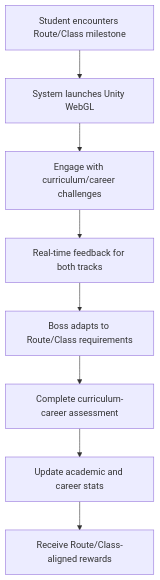
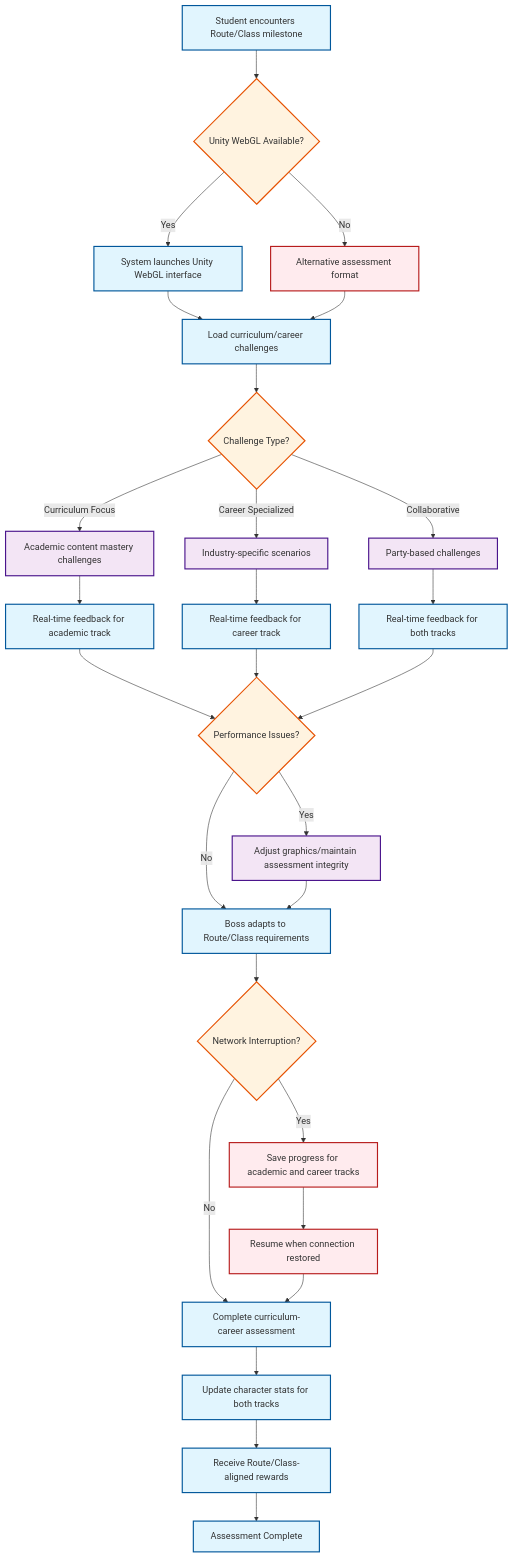
The ninth of 17 diagrams in docs/detailed-use-cases.md (FA25SE050-RogueLearn/RogueLearn.BMAD.Documentation), drawn with Mermaid before and after one commit. The commit also changed other lines of this file and 3 other files, not shown here.

First line of the commit message:
docs(prd): update user flows, ui design goals and validation report

````diff
--- a/docs/detailed-use-cases.md
+++ b/docs/detailed-use-cases.md
@@ -259,10 +641,47 @@
 ```mermaid
 flowchart TD
-    A[Student encounters Route/Class milestone] --> B[System launches Unity WebGL]
-    B --> C[Engage with curriculum/career challenges]
-    C --> D[Real-time feedback for both tracks]
-    D --> E[Boss adapts to Route/Class requirements]
-    E --> F[Complete curriculum-career assessment]
-    F --> G[Update academic and career stats]
-    G --> H[Receive Route/Class-aligned rewards]
+    A[Student encounters Route/Class milestone] --> B{Unity WebGL Available?}
+    B -->|Yes| C[System launches Unity WebGL interface]
+    B -->|No| D[Alternative assessment format]
+    
+    C --> E[Load curriculum/career challenges]
+    D --> E
+    
+    E --> F{Challenge Type?}
+    F -->|Curriculum Focus| G[Academic content mastery challenges]
+    F -->|Career Specialized| H[Industry-specific scenarios]
+    F -->|Collaborative| I[Party-based challenges]
+    
+    G --> J[Real-time feedback for academic track]
+    H --> K[Real-time feedback for career track]
+    I --> L[Real-time feedback for both tracks]
+    
+    J --> M{Performance Issues?}
+    K --> M
+    L --> M
+    
+    M -->|Yes| N[Adjust graphics/maintain assessment integrity]
+    M -->|No| O[Boss adapts to Route/Class requirements]
+    N --> O
+    
+    O --> P{Network Interruption?}
+    P -->|Yes| Q[Save progress for academic and career tracks]
+    P -->|No| R[Complete curriculum-career assessment]
+    Q --> S[Resume when connection restored]
+    S --> R
+    
+    R --> T[Update character stats for both tracks]
+    T --> U[Receive Route/Class-aligned rewards]
+    U --> V[Assessment Complete]
+
+    %% Styling
+    classDef mainFlow fill:#e1f5fe,stroke:#01579b,stroke-width:2px
+    classDef altFlow fill:#f3e5f5,stroke:#4a148c,stroke-width:2px
+    classDef exceptionFlow fill:#ffebee,stroke:#b71c1c,stroke-width:2px
+    classDef decisionFlow fill:#fff3e0,stroke:#e65100,stroke-width:2px
+    
+    class A,C,E,J,K,L,O,R,T,U,V mainFlow
+    class G,H,I,N altFlow
+    class D,Q,S exceptionFlow
+    class B,F,M,P decisionFlow
 ```
````
